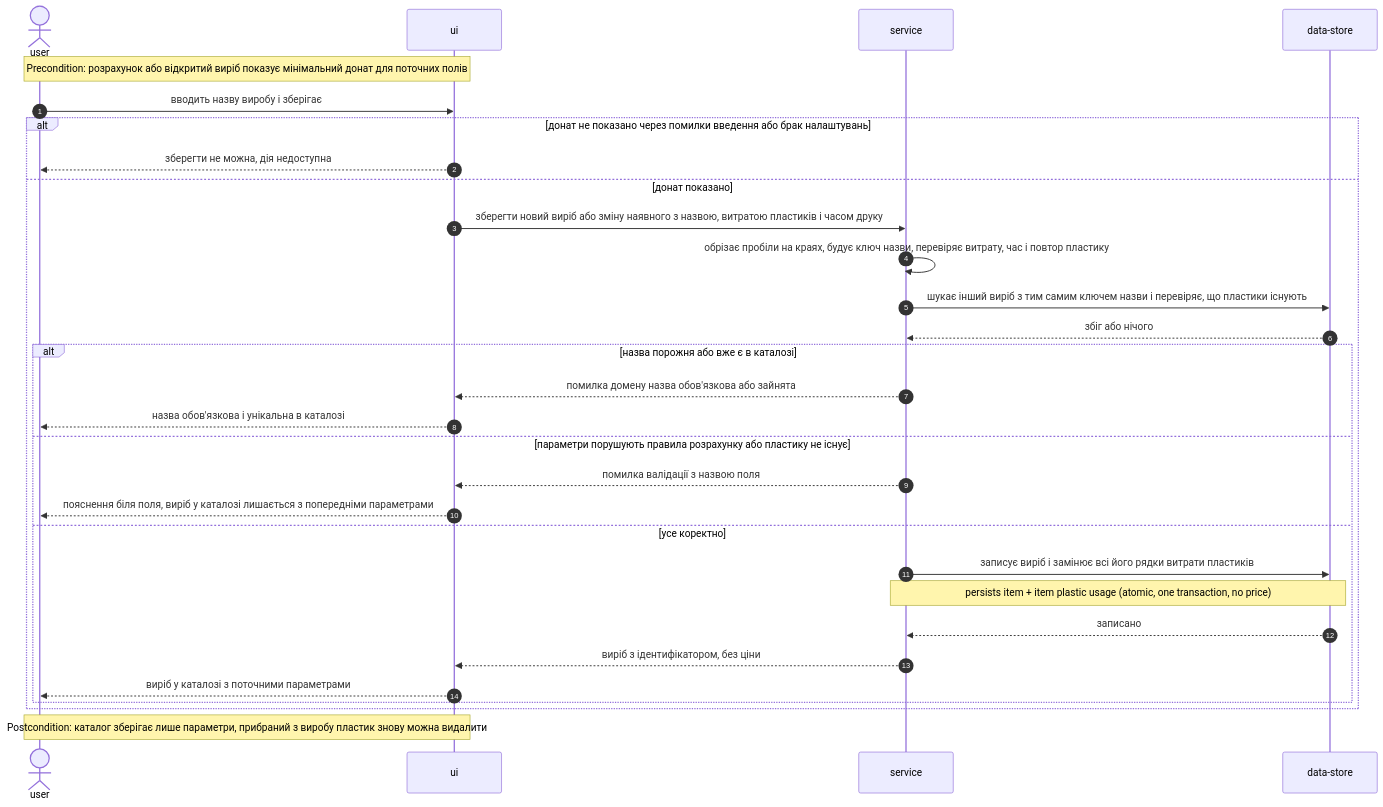
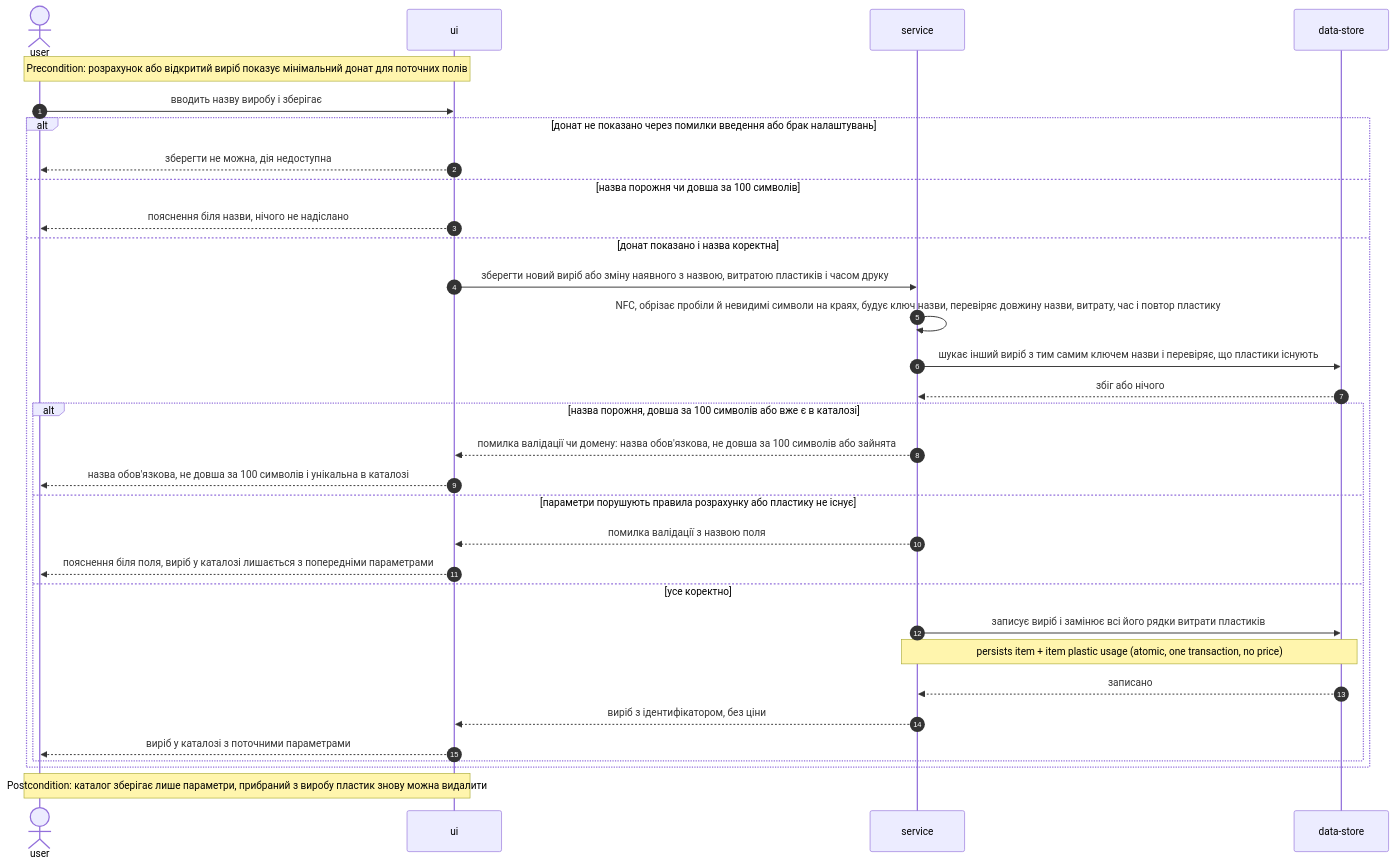
Before and after one commit to Gitboolean/calculate-3d: the seventh of 11 diagrams in docs/features/cost-calculator/sad.md, drawn with Mermaid. The commit also changed other lines of this file and 8 other files, not shown here.

First line of the commit message:
docs(cost-calculator): carry the 100-character name cap into the SAD flows, AC-14c and the item 422

````diff
--- a/docs/features/cost-calculator/sad.md
+++ b/docs/features/cost-calculator/sad.md
@@ -342,33 +342,35 @@
 ```mermaid
 sequenceDiagram
     autonumber
     actor U as user
     participant UI as ui
     participant S as service
     participant D as data-store
 
     Note over U,UI: Precondition: розрахунок або відкритий виріб показує мінімальний донат для поточних полів
     U->>UI: вводить назву виробу і зберігає
     alt донат не показано через помилки введення або брак налаштувань
         UI-->>U: зберегти не можна, дія недоступна
-    else донат показано
+    else назва порожня чи довша за 100 символів
+        UI-->>U: пояснення біля назви, нічого не надіслано
+    else донат показано і назва коректна
         UI->>S: зберегти новий виріб або зміну наявного з назвою, витратою пластиків і часом друку
-        S->>S: обрізає пробіли на краях, будує ключ назви, перевіряє витрату, час і повтор пластику
+        S->>S: NFC, обрізає пробіли й невидимі символи на краях, будує ключ назви, перевіряє довжину назви, витрату, час і повтор пластику
         S->>D: шукає інший виріб з тим самим ключем назви і перевіряє, що пластики існують
         D-->>S: збіг або нічого
-        alt назва порожня або вже є в каталозі
-            S-->>UI: помилка домену назва обов'язкова або зайнята
-            UI-->>U: назва обов'язкова і унікальна в каталозі
+        alt назва порожня, довша за 100 символів або вже є в каталозі
+            S-->>UI: помилка валідації чи домену: назва обов'язкова, не довша за 100 символів або зайнята
+            UI-->>U: назва обов'язкова, не довша за 100 символів і унікальна в каталозі
         else параметри порушують правила розрахунку або пластику не існує
             S-->>UI: помилка валідації з назвою поля
             UI-->>U: пояснення біля поля, виріб у каталозі лишається з попередніми параметрами
         else усе коректно
             S->>D: записує виріб і замінює всі його рядки витрати пластиків
             Note over S,D: persists item + item plastic usage (atomic, one transaction, no price)
             D-->>S: записано
             S-->>UI: виріб з ідентифікатором, без ціни
             UI-->>U: виріб у каталозі з поточними параметрами
         end
     end
     Note over U,UI: Postcondition: каталог зберігає лише параметри, прибраний з виробу пластик знову можна видалити
 ```
````
